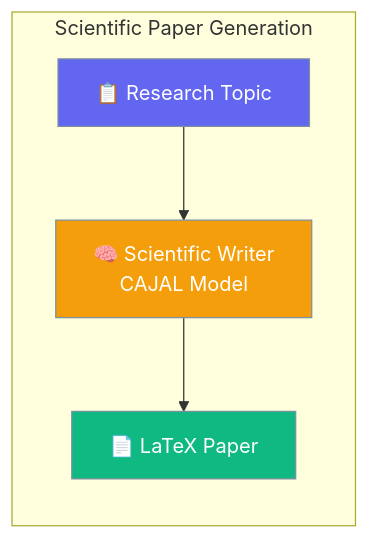
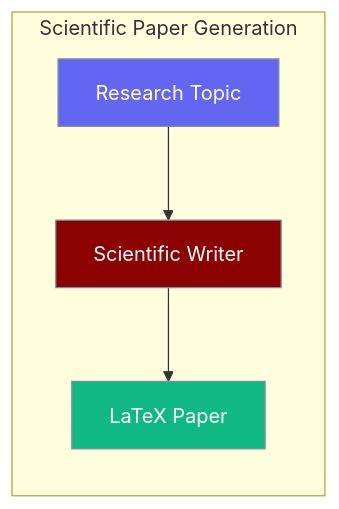
One commit to MervinPraison/PraisonAIDocs changed the first of 4 diagrams in docs/features/scientific-writer-agent.mdx. Above: the diagram before and after it, drawn with Mermaid. The commit also changed other lines of this file and 4 other files, not shown here.

````diff
--- a/docs/features/scientific-writer-agent.mdx
+++ b/docs/features/scientific-writer-agent.mdx
@@ -14,15 +21,15 @@
 ```mermaid
 graph LR
     subgraph "Scientific Paper Generation"
-        A[📋 Research Topic] --> B[🧠 Scientific Writer<br/>CAJAL Model]
-        B --> C[📄 LaTeX Paper]
+        A[Research Topic] --> B[Scientific Writer]
+        B --> C[LaTeX Paper]
     end
-    
+
     classDef input fill:#6366F1,stroke:#7C90A0,color:#fff
-    classDef process fill:#F59E0B,stroke:#7C90A0,color:#fff
+    classDef agent fill:#8B0000,stroke:#7C90A0,color:#fff
     classDef output fill:#10B981,stroke:#7C90A0,color:#fff
-    
+
     class A input
-    class B process
+    class B agent
     class C output
 ```
````
